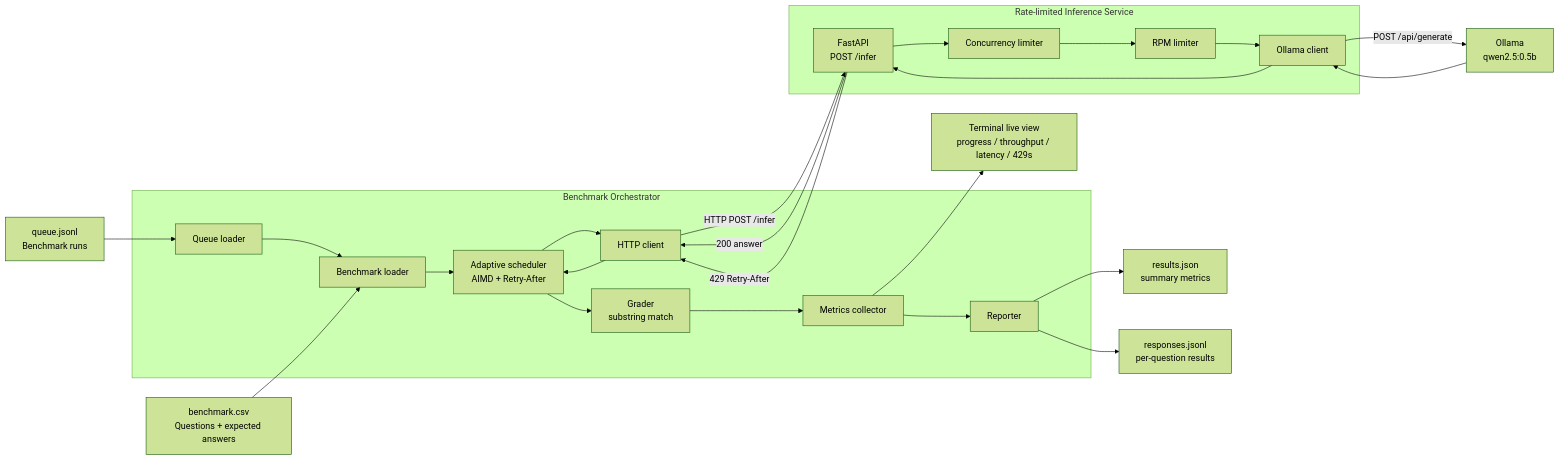
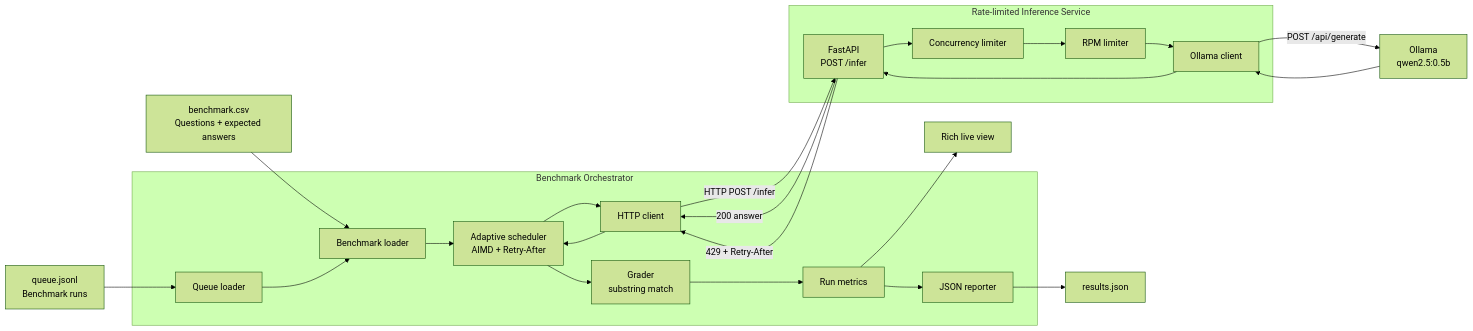
The first of 3 diagrams in README.md (NicolasLaube/benchmark-orchestration), drawn with Mermaid (forest theme) before and after one commit. The commit also changed other lines of this file and 62 other files, not shown here.

````diff
--- a/README.md
+++ b/README.md
@@ -264,59 +84,50 @@
 ```mermaid
 flowchart LR
-    %% Inputs
     Q[queue.jsonl<br/>Benchmark runs]
     B[benchmark.csv<br/>Questions + expected answers]
 
-    %% Orchestrator
     subgraph O[Benchmark Orchestrator]
         QL[Queue loader]
         BL[Benchmark loader]
         S[Adaptive scheduler<br/>AIMD + Retry-After]
         C[HTTP client]
         G[Grader<br/>substring match]
-        M[Metrics collector]
-        R[Reporter]
+        M[Run metrics]
+        R[JSON reporter]
     end
 
-    %% Service
     subgraph IS[Rate-limited Inference Service]
         API[FastAPI<br/>POST /infer]
         CL[Concurrency limiter]
         RL[RPM limiter]
         OC[Ollama client]
     end
 
-    %% Model
     OM[Ollama<br/>qwen2.5:0.5b]
-
-    %% Outputs
-    OUT[results.json<br/>summary metrics]
-    RESP[responses.jsonl<br/>per-question results]
-    LIVE[Terminal live view<br/>progress / throughput / latency / 429s]
+    LIVE[Rich live view]
+    OUT[results.json]
 
     Q --> QL
+    B --> BL
     QL --> BL
-    B --> BL
     BL --> S
     S --> C
     C -->|HTTP POST /infer| API
 
     API --> CL
     CL --> RL
     RL --> OC
     OC -->|POST /api/generate| OM
     OM --> OC
     OC --> API
 
     API -->|200 answer| C
-    API -->|429 Retry-After| C
+    API -->|429 + Retry-After| C
 
     C --> S
     S --> G
     G --> M
+    M --> LIVE
     M --> R
-
-    M --> LIVE
     R --> OUT
-    R --> RESP
 ```
````
